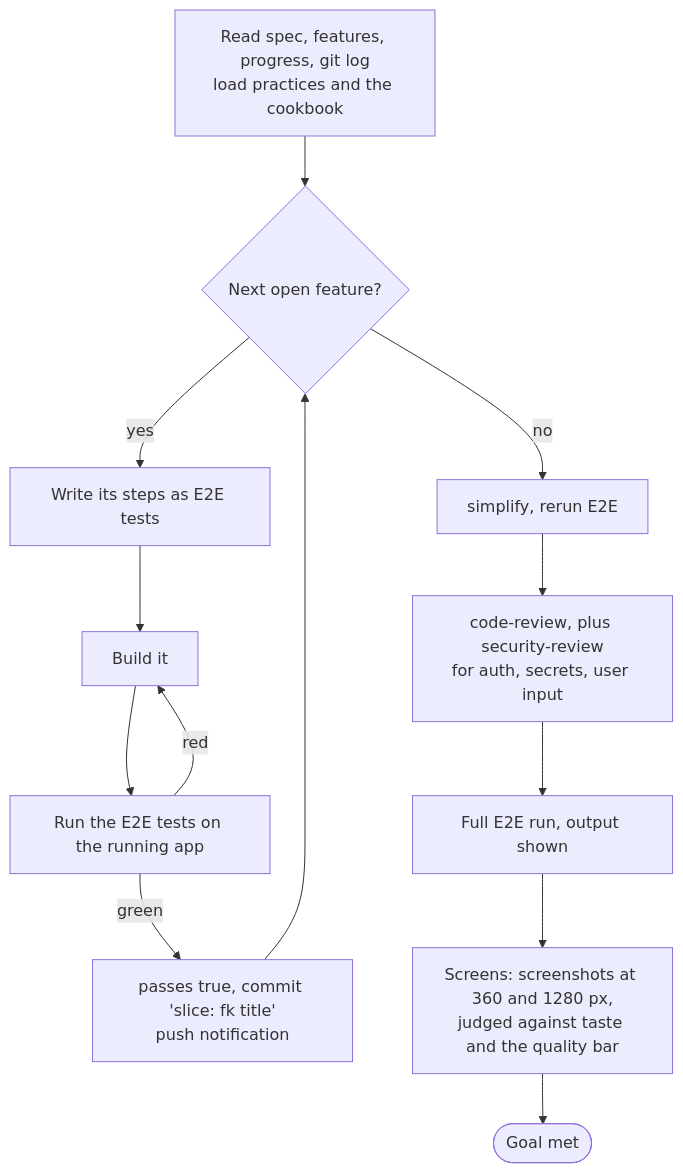
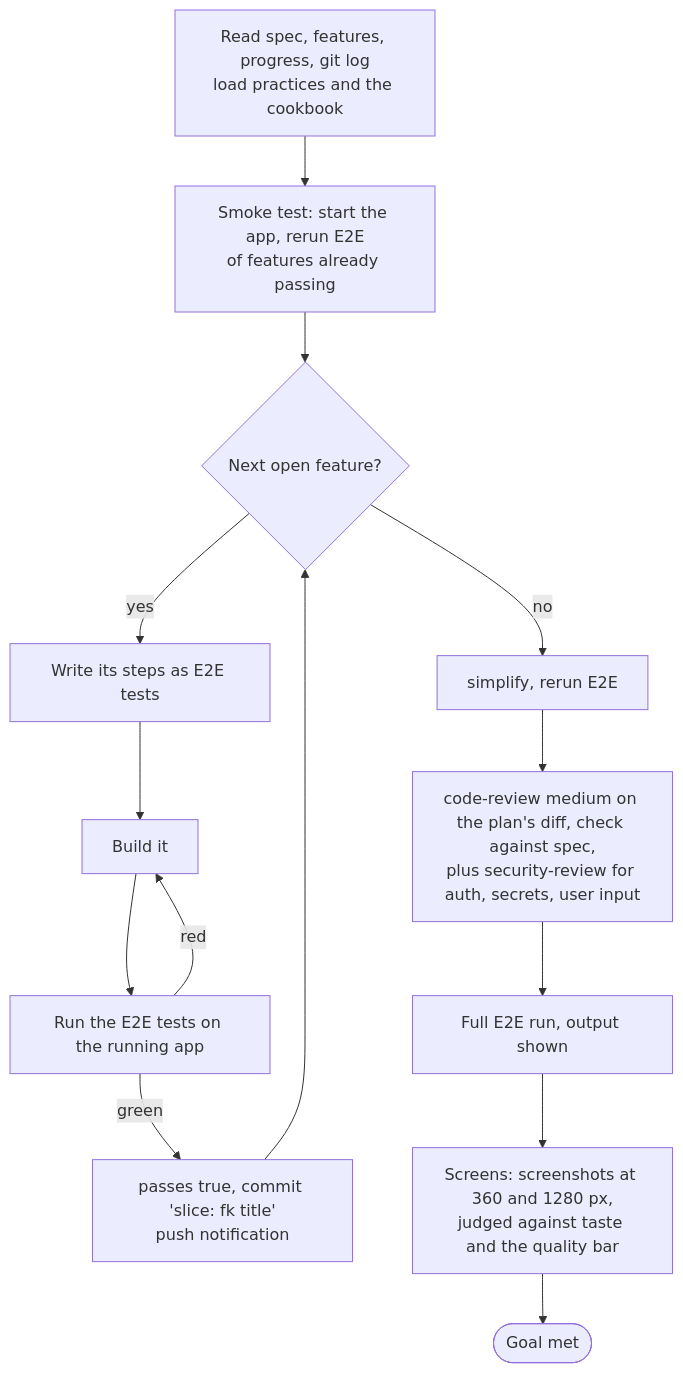
The fifth of 7 diagrams in plugins/slice/README.md (ahlerjam/cflow), drawn with Mermaid before and after one commit. The commit also changed other lines of this file and 14 other files, not shown here.

````diff
--- a/plugins/slice/README.md
+++ b/plugins/slice/README.md
@@ -196,15 +214,16 @@
 ```mermaid
 flowchart TD
-    read[Read spec, features, progress, git log<br/>load practices and the cookbook] --> next{Next open feature?}
+    read[Read spec, features, progress, git log<br/>load practices and the cookbook] --> smoke[Smoke test: start the app, rerun E2E<br/>of features already passing]
+    smoke --> next{Next open feature?}
     next -->|yes| e2e[Write its steps as E2E tests]
     e2e --> code[Build it]
     code --> run[Run the E2E tests on the running app]
     run -->|red| code
     run -->|green| commit[passes true, commit 'slice: fk title'<br/>push notification]
     commit --> next
     next -->|no| simplify[simplify, rerun E2E]
-    simplify --> review[code-review, plus security-review<br/>for auth, secrets, user input]
+    simplify --> review[code-review medium on the plan's diff, check against spec,<br/>plus security-review for auth, secrets, user input]
     review --> full[Full E2E run, output shown]
     full --> shots[Screens: screenshots at 360 and 1280 px,<br/>judged against taste and the quality bar]
     shots --> done([Goal met])
 ```
````
